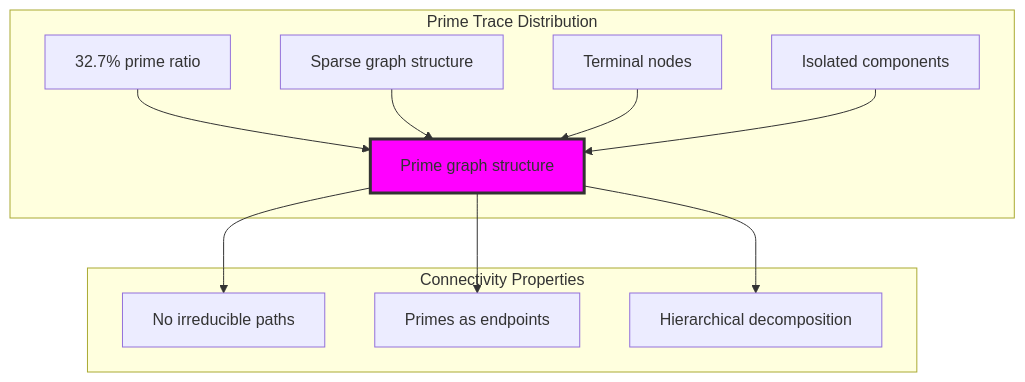
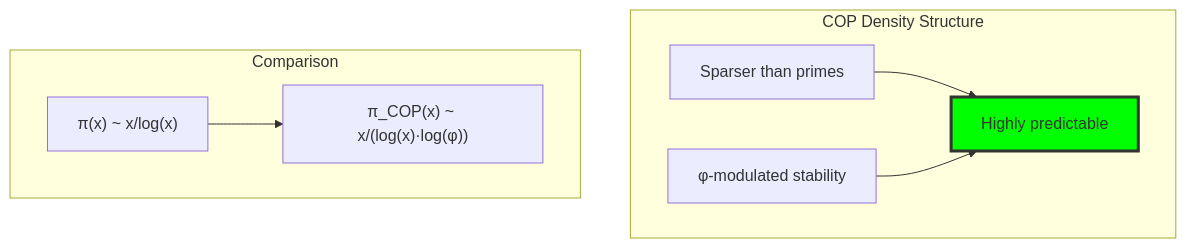
One commit to loning/the-binarymath changed the seventh of 13 diagrams in docs/codex/volume-01-trace-numbers/chapter-023-prime-trace.md. Above: the diagram before and after it, drawn with Mermaid. The commit also changed other lines of this file and 4 other files, not shown here.

````diff
--- a/docs/codex/volume-01-trace-numbers/chapter-023-prime-trace.md
+++ b/docs/codex/volume-01-trace-numbers/chapter-023-prime-trace.md
@@ -266,23 +351,19 @@
 ```mermaid
 graph TD
-    subgraph "Prime Trace Distribution"
-        RATIO["32.7% prime ratio"]
-        SPARSE["Sparse graph structure"]
-        TERMINAL["Terminal nodes"]
-        ISOLATED["Isolated components"]
+    subgraph "COP Density Structure"
+        SPARSE["Sparser than primes"]
+        STABLE["φ-modulated stability"]
+        PREDICT["Highly predictable"]
         
-        STRUCTURE["Prime graph structure"]
-        
-        RATIO & SPARSE & TERMINAL & ISOLATED --> STRUCTURE
+        SPARSE & STABLE --> PREDICT
     end
     
-    subgraph "Connectivity Properties"
-        NO_PATHS["No irreducible paths"]
-        ENDPOINTS["Primes as endpoints"]
-        HIERARCHICAL["Hierarchical decomposition"]
+    subgraph "Comparison"
+        PRIME_DENS["π(x) ~ x/log(x)"]
+        COP_DENS["π_COP(x) ~ x/(log(x)·log(φ))"]
         
-        STRUCTURE --> NO_PATHS & ENDPOINTS & HIERARCHICAL
+        PRIME_DENS --> COP_DENS
     end
     
-    style STRUCTURE fill:#f0f,stroke:#333,stroke-width:3px
+    style PREDICT fill:#0f0,stroke:#333,stroke-width:3px
 ```
````
